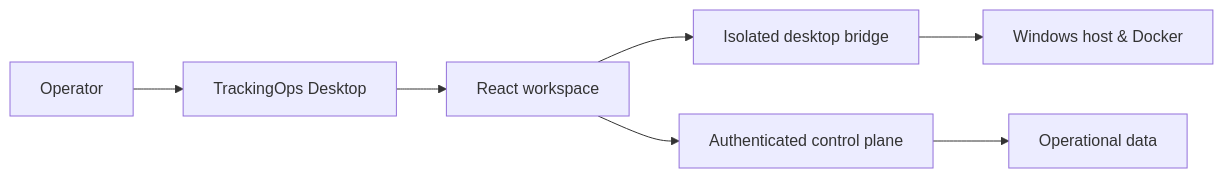
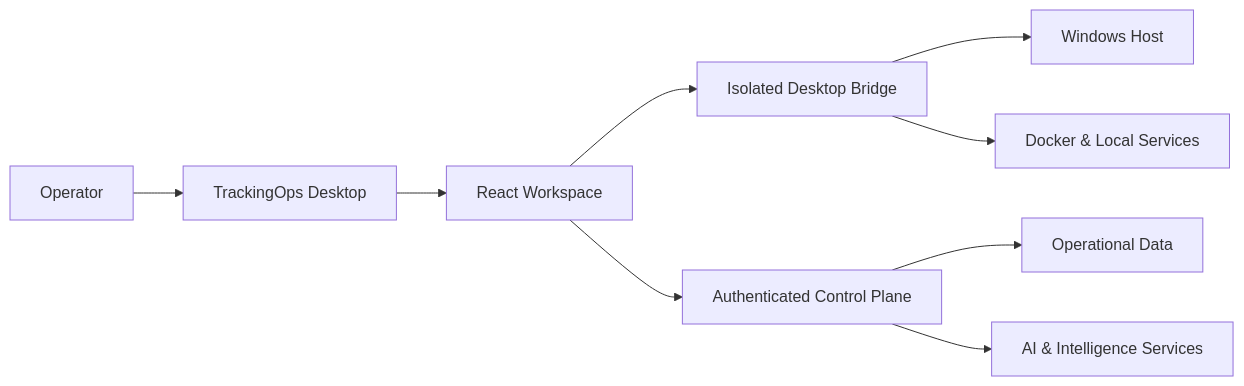
The diagram in README.md (Avomixs-Glitch/trackingops-showcase), drawn with Mermaid before and after one commit. The commit also changed other lines of this file and 1 other file, not shown here.

````diff
--- a/README.md
+++ b/README.md
@@ -130,9 +190,11 @@
 ```mermaid
 flowchart LR
-  Operator[Operator] --> Desktop[TrackingOps Desktop]
-  Desktop --> Workspace[React workspace]
-  Workspace --> Bridge[Isolated desktop bridge]
-  Bridge --> Host[Windows host & Docker]
-  Workspace --> Control[Authenticated control plane]
-  Control --> Data[Operational data]
+  O[Operator] --> D[TrackingOps Desktop]
+  D --> W[React Workspace]
+  W --> B[Isolated Desktop Bridge]
+  B --> H[Windows Host]
+  B --> X[Docker & Local Services]
+  W --> C[Authenticated Control Plane]
+  C --> P[Operational Data]
+  C --> A[AI & Intelligence Services]
 ```
````
